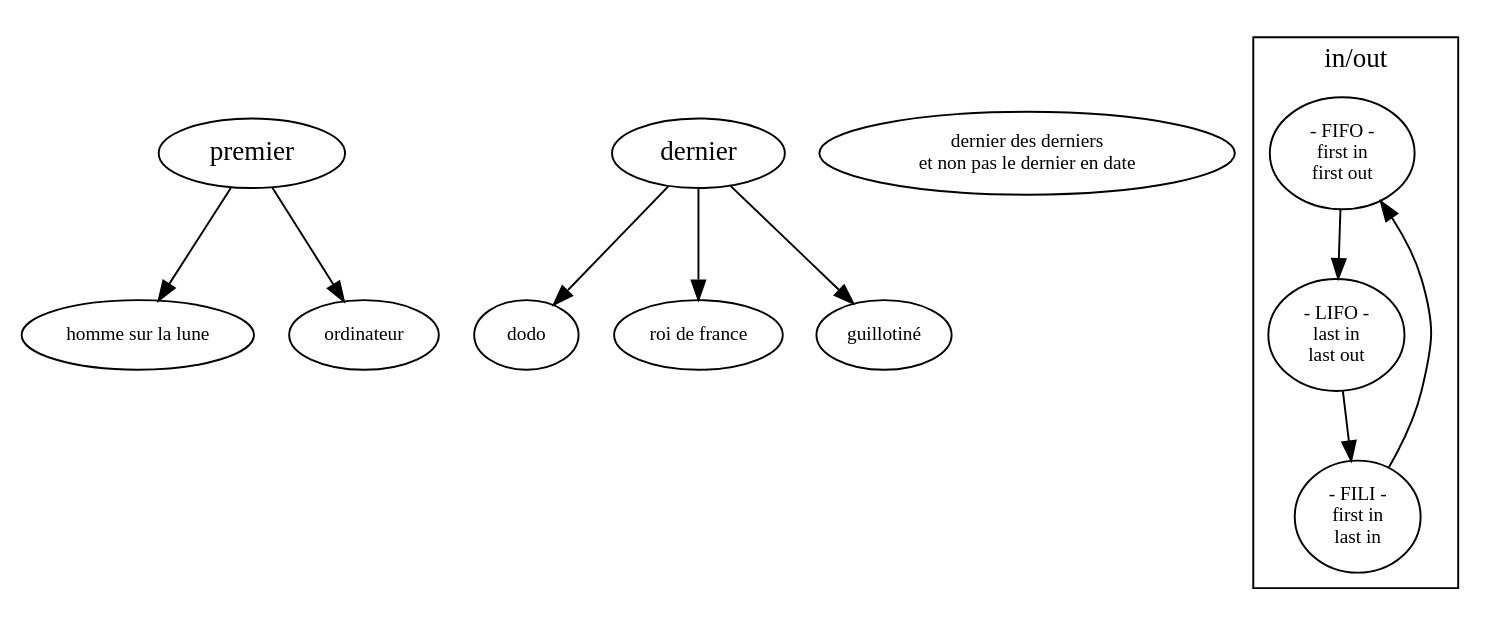
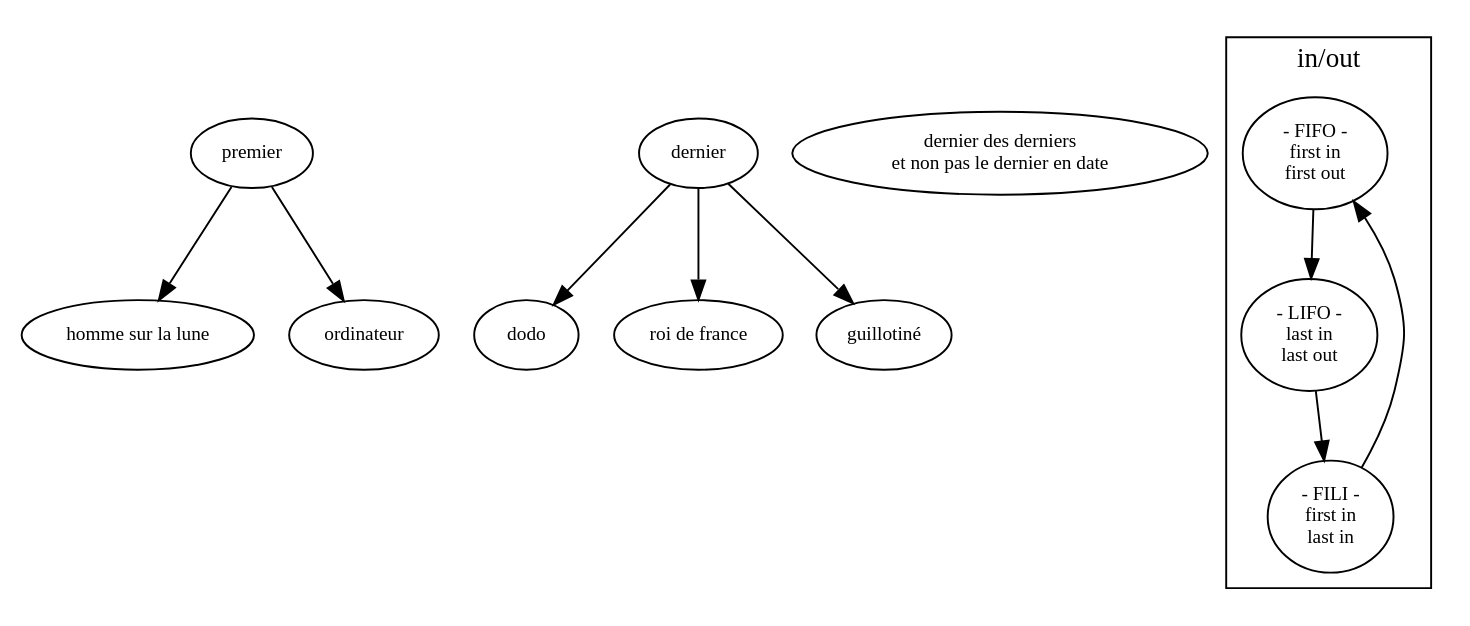
One commit to ensad-nancy/first-last changed the diagram in sujet.dot. Above: the diagram before and after it, drawn with Graphviz.

Commit message:
+ + +	first [label="premier"] +	last [label="dernier"] +

```diff
--- a/sujet.dot
+++ b/sujet.dot
@@ -1,33 +1,34 @@
 digraph {
 
-	first [label="premier"]
-	last [label="dernier"]
-	
+
 	fontname="myriadpro"
 	fontsize = 14
 	
 	
 	node [fontname="myriadpro", fontsize = 10]
 	edge [fontname="monaco", fontsize = 9]
-		
+	
+	first [label="premier"]
+	last [label="dernier"]
+	
 	"dernier des derniers\n et non pas le dernier en date" 
 
 	first -> "homme sur la lune"
 	first -> "ordinateur"
 	
 	last -> dodo
 	last -> "roi de france"
 	last -> "guillotiné"
 
 	subgraph cluster_FO{
 	
 		label="in/out"
 		
 		FIFO [label="- FIFO -\nfirst in\nfirst out"]
 		LIFO [label="- LIFO -\nlast in\nlast out"]
 		FILI [label="- FILI -\nfirst in\n last in"]
 
 		FILI -> FIFO -> LIFO -> FILI
 	}
 	
 }
```
